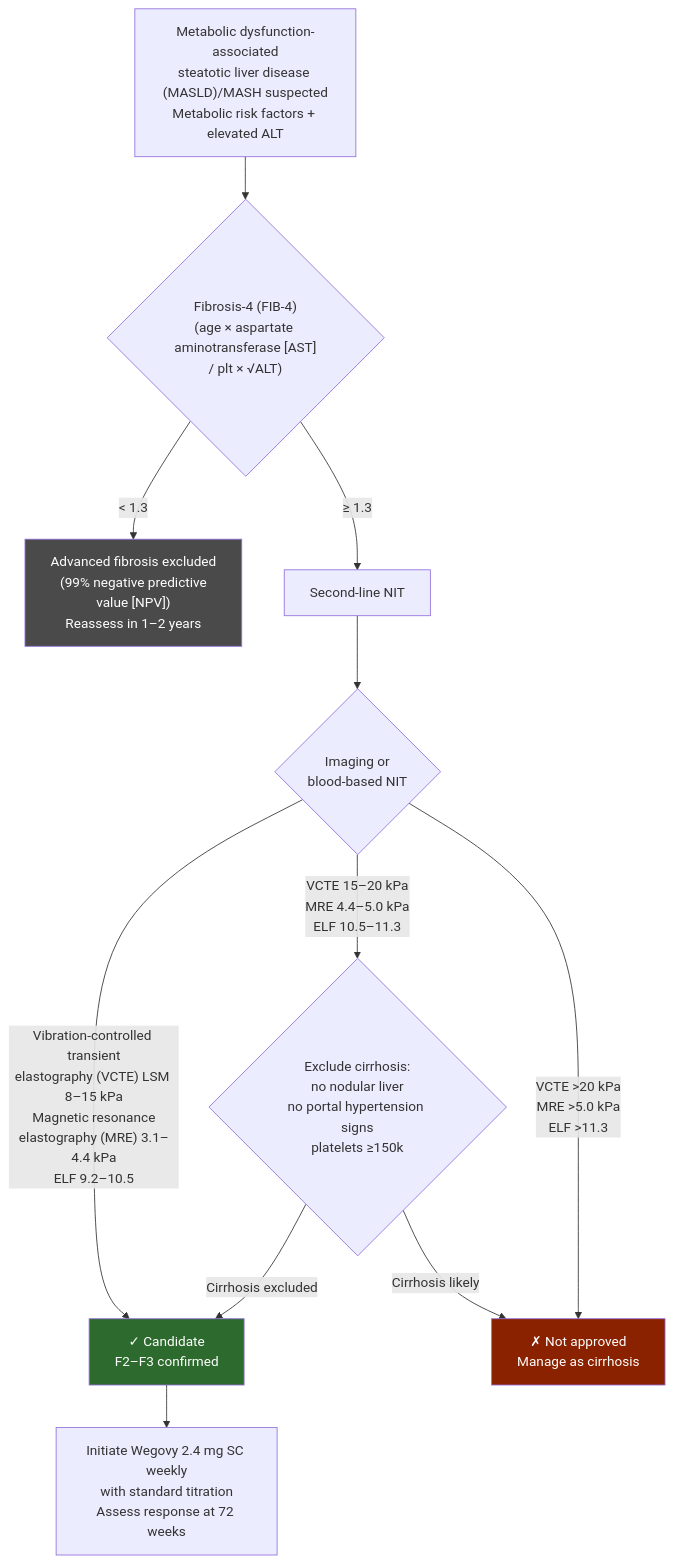
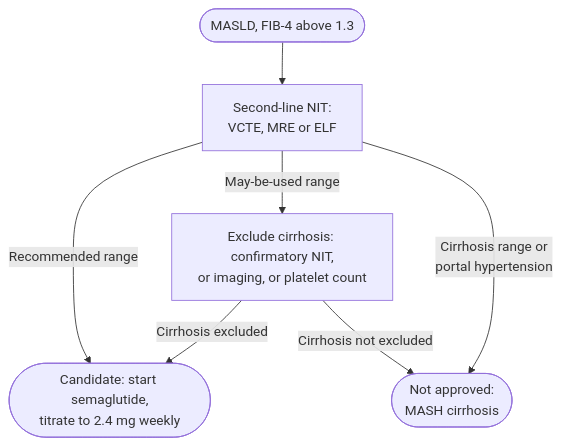
The first of 2 diagrams in KHNL-GI-Wiki/wiki/5-meds/semaglutide.md (KHNickLeMD/KHNL-GI-Wiki), drawn with Mermaid before and after one commit. The commit also changed other lines of this file and 14 other files, not shown here.

Commit message:
lint: quality review — treat-to-target-ibd, anal-fistula, semaglutide, chronic-constipation, li-rads-treatment-response (reviewed + verified); 5 source pages verified

````diff
--- a/KHNL-GI-Wiki/wiki/5-meds/semaglutide.md
+++ b/KHNL-GI-Wiki/wiki/5-meds/semaglutide.md
@@ -70,16 +84,13 @@
 ```mermaid
 flowchart TD
-    A["Metabolic dysfunction-associated<br/>steatotic liver disease (MASLD)/MASH suspected<br/>Metabolic risk factors + elevated ALT"] --> B{"Fibrosis-4 (FIB-4)<br/>(age × aspartate aminotransferase [AST]<br/>/ plt × √ALT)"}
-    B -->|"< 1.3"| C["Advanced fibrosis excluded<br/>(99% negative predictive<br/>value [NPV])<br/>Reassess in 1–2 years"]
-    B -->|"≥ 1.3"| D["Second-line NIT"]
-    D --> E{"Imaging or<br/>blood-based NIT"}
-    E -->|"Vibration-controlled transient<br/>elastography (VCTE) LSM 8–15 kPa<br/>Magnetic resonance<br/>elastography (MRE) 3.1–4.4 kPa<br/>ELF 9.2–10.5"| F["✓ Candidate<br/>F2–F3 confirmed"]
-    E -->|"VCTE 15–20 kPa<br/>MRE 4.4–5.0 kPa<br/>ELF 10.5–11.3"| G{"Exclude cirrhosis:<br/>no nodular liver<br/>no portal hypertension signs<br/>platelets ≥150k"}
-    G -->|"Cirrhosis excluded"| F
-    G -->|"Cirrhosis likely"| H["✗ Not approved<br/>Manage as cirrhosis"]
-    E -->|"VCTE >20 kPa<br/>MRE >5.0 kPa<br/>ELF >11.3"| H
-    F --> I["Initiate Wegovy 2.4 mg SC weekly<br/>with standard titration<br/>Assess response at 72 weeks"]
-    style F fill:#2d6a2d,color:#fff
-    style H fill:#8a2200,color:#fff
-    style C fill:#4a4a4a,color:#fff
+    A(["MASLD, FIB-4 above 1.3"]) --> B["Second-line NIT:<br/>VCTE, MRE or ELF"]
+    B -- "Recommended range" --> C(["Candidate: start semaglutide,<br/>titrate to 2.4 mg weekly"])
+    B -- "May-be-used range" --> D["Exclude cirrhosis: confirmatory NIT,<br/>or imaging, or platelet count"]
+    D -- "Cirrhosis excluded" --> C
+    D -- "Cirrhosis not excluded" --> E(["Not approved:<br/>MASH cirrhosis"])
+    B -- "Cirrhosis range or<br/>portal hypertension" --> E
+    class A start
+    class B,D test
+    class C act
+    class E stop
 ```
````
